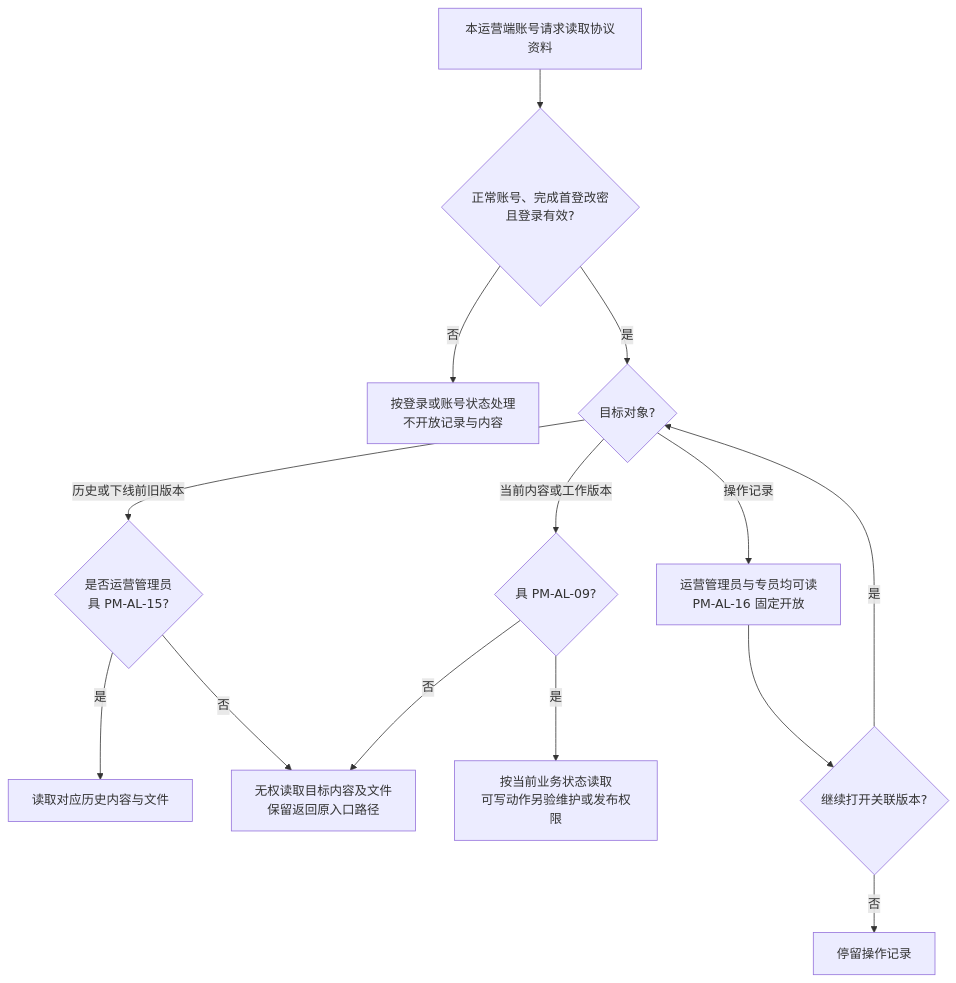
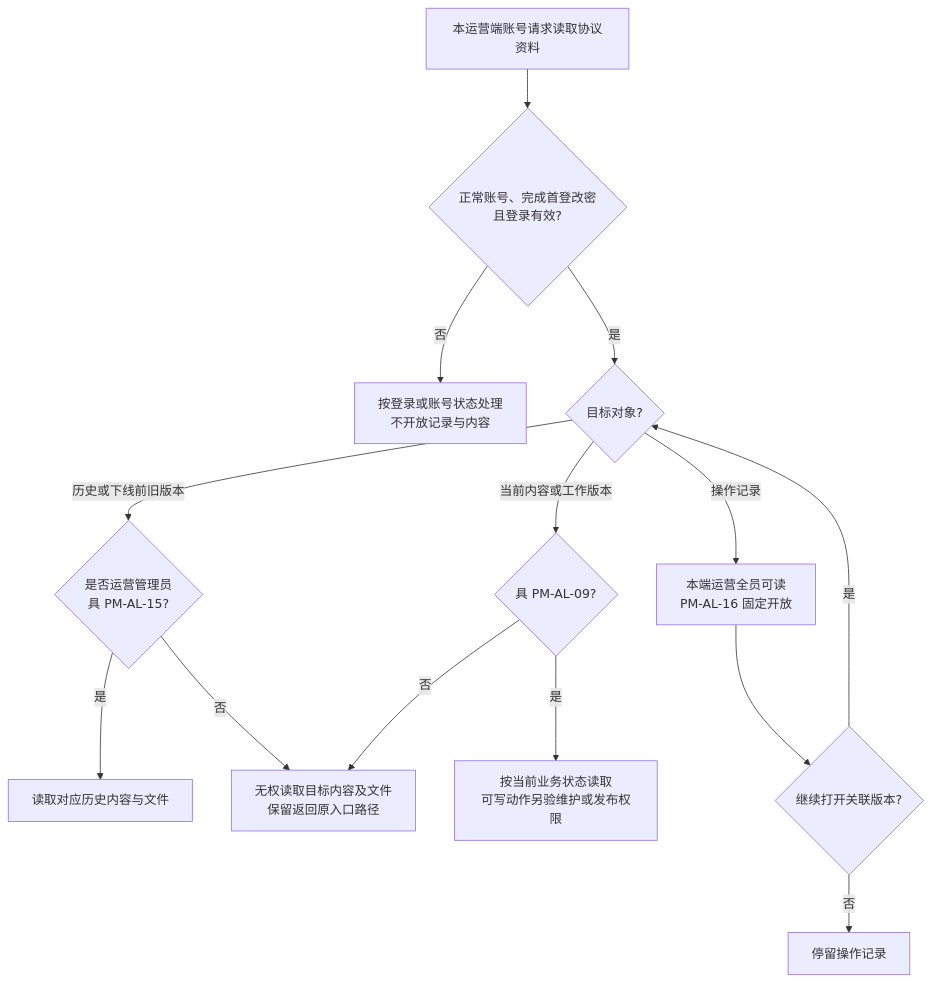
One commit to wxblockchain/Chain-Financing changed the seventh of 10 diagrams in lending-platform/PRD/v1.0-运营端账户与登录/02-运营端账户与登录-流程图与状态机.md. Above: the diagram before and after it, drawn with Mermaid. The commit also changed other lines of this file and 1 other file, not shown here.

Commit message:
docs(WS-380): keep one operations administrator role this release, hold the specialist number
- 按用户 2026-10-08 裁定：本期运营端只有 RO-AL-1 运营管理员一个角色、权限相同且全部授予，后续再细分；RO-AL-2 运营专员保号、本期不启用
- D-AL-08／D-AL-09 改写：权限项清单 PM-AL-05～20 继续作为交付配置与将来细分角色的授权单位，各业务模块不重复登记
- 2.5 默认授权矩阵加说明并标列：管理员列即本期实际授权（全部开通），专员列为后续细分时的默认集合参考，本期不生效；行与取值未删
- D-AL-30 角色称谓本期只出现运营管理员；角色表、账号字段枚举、D-AL-33、协议读取边界与非法配置条文按"后续细分角色后"表述
- 专员专属验收 AC-AL-59／62／134／135 标注"本期不启用该角色，暂不可验（保号）"，AC-AL-50／63／94 改按单一角色；图册同步两处
- AC-AL／PM-AL／RO-AL／D-AL 编号零增删

````diff
--- a/lending-platform/PRD/v1.0-运营端账户与登录/02-运营端账户与登录-流程图与状态机.md
+++ b/lending-platform/PRD/v1.0-运营端账户与登录/02-运营端账户与登录-流程图与状态机.md
@@ -174,16 +174,16 @@
 ```mermaid
 flowchart TD
     A["本运营端账号请求读取协议资料"] --> B{"正常账号、完成首登改密<br/>且登录有效?"}
     B -->|否| X["按登录或账号状态处理<br/>不开放记录与内容"]
     B -->|是| C{"目标对象?"}
-    C -->|操作记录| D["运营管理员与专员均可读<br/>PM-AL-16 固定开放"]
+    C -->|操作记录| D["本端运营全员可读<br/>PM-AL-16 固定开放"]
     C -->|历史或下线前旧版本| E{"是否运营管理员<br/>具 PM-AL-15?"}
     C -->|当前内容或工作版本| F{"具 PM-AL-09?"}
     E -->|是| G["读取对应历史内容与文件"]
     E -->|否| Y["无权读取目标内容及文件<br/>保留返回原入口路径"]
     F -->|是| H["按当前业务状态读取<br/>可写动作另验维护或发布权限"]
     F -->|否| Y
     D --> I{"继续打开关联版本?"}
     I -->|否| J["停留操作记录"]
     I -->|是| C
 ```
````
